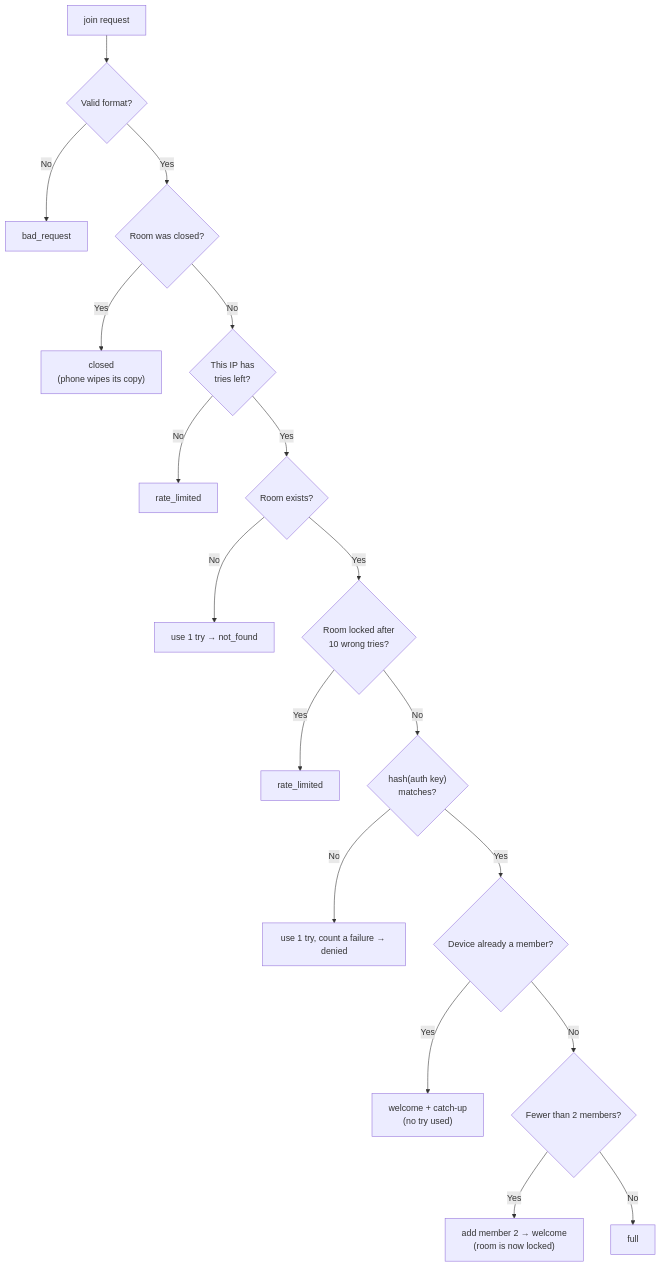
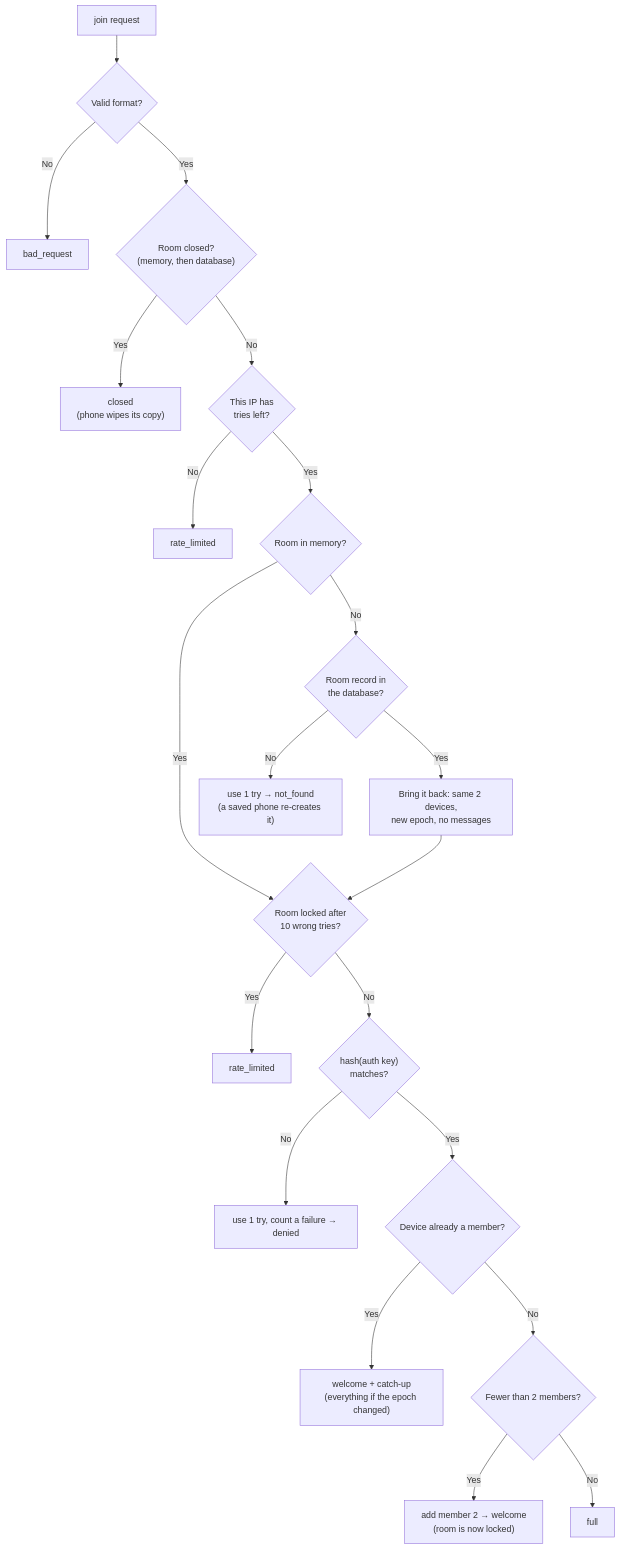
The sixth of 30 diagrams in front-end/doc/04-flowcharts.md (silent-coder-dev/private-space), drawn with Mermaid before and after one commit. The commit also changed other lines of this file and 78 other files, not shown here.

````diff
--- a/front-end/doc/04-flowcharts.md
+++ b/front-end/doc/04-flowcharts.md
@@ -127,20 +133,23 @@
 ```mermaid
 flowchart TD
     J["join request"] --> V{"Valid format?"}
     V -->|"No"| E1["bad_request"]
-    V -->|"Yes"| C0{"Room was closed?"}
+    V -->|"Yes"| C0{"Room closed?<br/>(memory, then database)"}
     C0 -->|"Yes"| EC["closed<br/>(phone wipes its copy)"]
     C0 -->|"No"| T{"This IP has<br/>tries left?"}
     T -->|"No"| E2["rate_limited"]
-    T -->|"Yes"| F{"Room exists?"}
-    F -->|"No"| X1["use 1 try → not_found"]
-    F -->|"Yes"| L{"Room locked after<br/>10 wrong tries?"}
+    T -->|"Yes"| F{"Room in memory?"}
+    F -->|"No"| DBR{"Room record in<br/>the database?"}
+    DBR -->|"Yes"| RES["Bring it back: same 2 devices,<br/>new epoch, no messages"]
+    DBR -->|"No"| X1["use 1 try → not_found<br/>(a saved phone re-creates it)"]
+    F -->|"Yes"| L
+    RES --> L{"Room locked after<br/>10 wrong tries?"}
     L -->|"Yes"| E3["rate_limited"]
     L -->|"No"| K{"hash(auth key)<br/>matches?"}
     K -->|"No"| X2["use 1 try, count a failure → denied"]
     K -->|"Yes"| M{"Device already a member?"}
-    M -->|"Yes"| OK["welcome + catch-up<br/>(no try used)"]
+    M -->|"Yes"| OK["welcome + catch-up<br/>(everything if the epoch changed)"]
     M -->|"No"| C{"Fewer than 2 members?"}
     C -->|"Yes"| ADD["add member 2 → welcome<br/>(room is now locked)"]
     C -->|"No"| FULL["full"]
 ```
````
